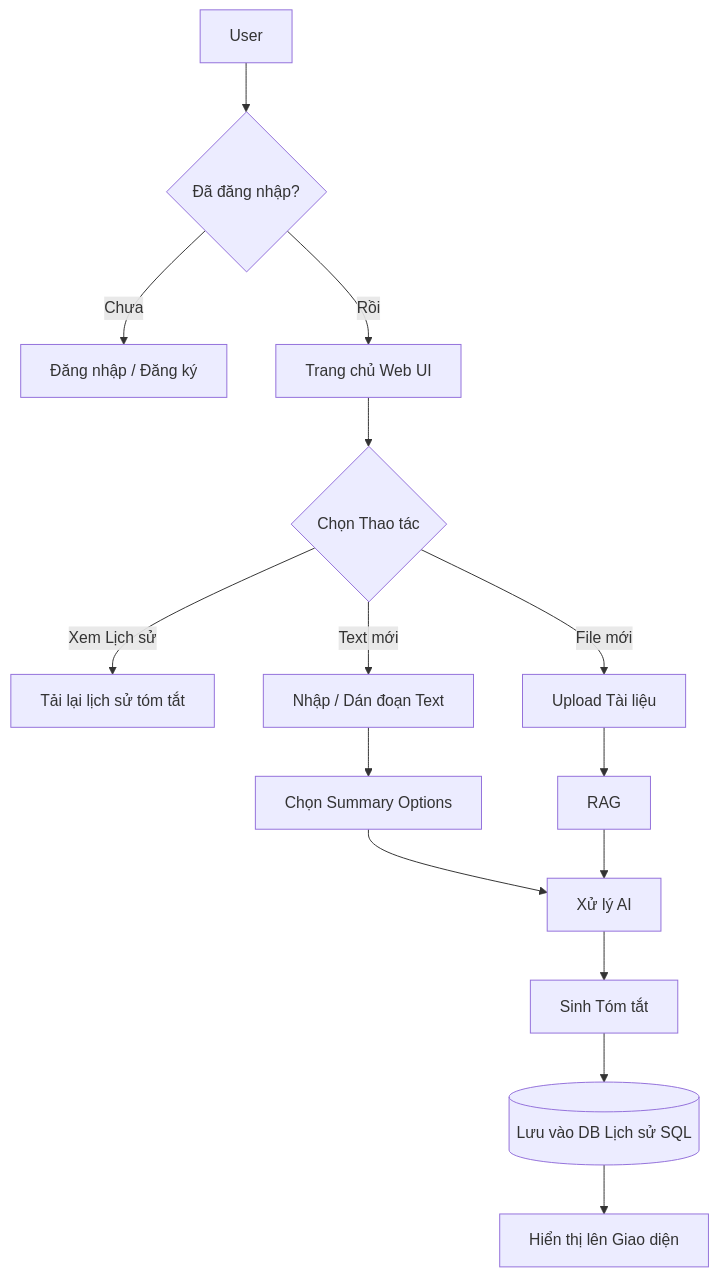
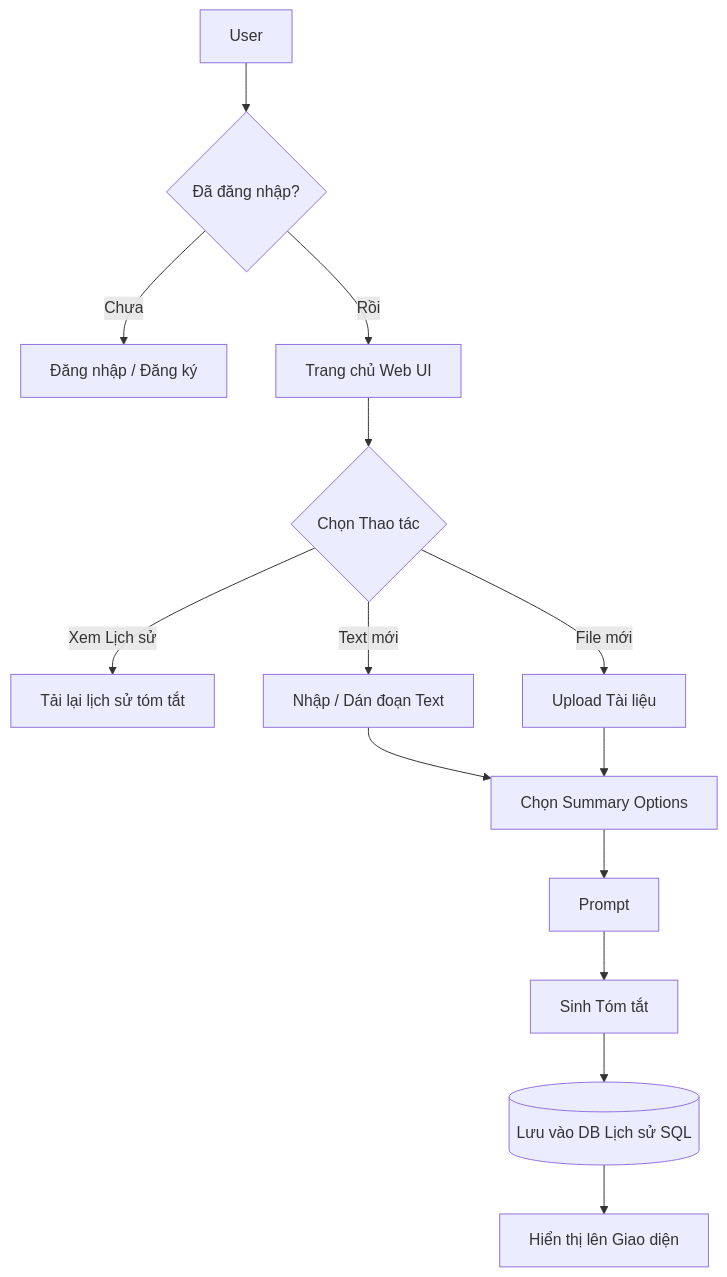
Before and after one commit to kienng221105/Summarize-Vietnamese-Text: the third of 6 diagrams in README.md, drawn with Mermaid. The commit also changed other lines of this file, not shown here.

````diff
--- a/README.md
+++ b/README.md
@@ -84,32 +93,30 @@
 ```mermaid
 flowchart TD
 
   U[User] --> L{Đã đăng nhập?}
 
   L -->|Chưa| Login[Đăng nhập / Đăng ký]
 
   L -->|Rồi| Main[Trang chủ Web UI]
 
   Main --> Action{Chọn Thao tác}
 
   Action -->|Xem Lịch sử| Hist[Tải lại lịch sử tóm tắt]
 
   Action -->|Text mới| T[Nhập / Dán đoạn Text]
 
   Action -->|File mới| F[Upload Tài liệu]
 
   T --> Options[Chọn Summary Options]
 
-  F --> Document[RAG]
+  F --> Options[Chọn Summary Options]
 
-  Options --> Process[Xử lý AI]
-
-  Document --> Process
+  Options --> Process[Prompt]
 
   Process --> Gen[Sinh Tóm tắt]
 
   Gen --> Save[(Lưu vào DB Lịch sử SQL)]
 
   Save --> UI[Hiển thị lên Giao diện]
 
 ```
````
